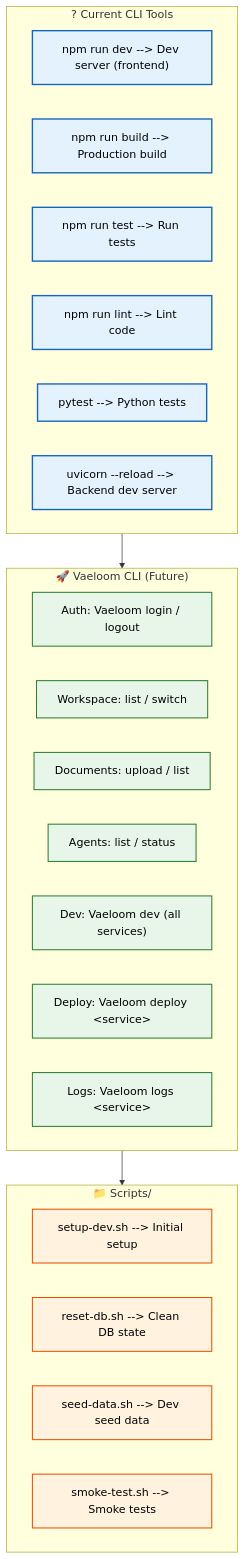
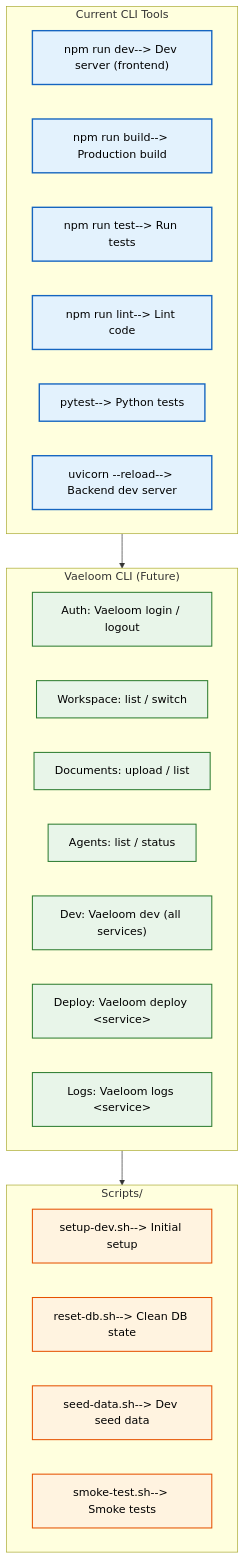
Before and after one commit to Driftloom/Vaeloom: the diagram in docs/developer-experience/CLI.md, drawn with Mermaid. The commit also changed other lines of this file and 694 other files, not shown here.

First line of the commit message:
docs: mermaid standardization — encoding/mermaid/duplicate cleanup

````diff
--- a/docs/developer-experience/CLI.md
+++ b/docs/developer-experience/CLI.md
@@ -8,38 +8,38 @@
 ```mermaid
 graph TD
-    classDef current fill:#e3f2fd,stroke:#1565c0,color:#000,stroke-width:2px
-    classDef planned fill:#e8f5e9,stroke:#2e7d32,color:#000,stroke-width:1.5px
-    classDef scripts fill:#fff3e0,stroke:#e65100,color:#000,stroke-width:1.5px
+ classDef current fill:#e3f2fd,stroke:#1565c0,color:#000,stroke-width:2px
+ classDef planned fill:#e8f5e9,stroke:#2e7d32,color:#000,stroke-width:1.5px
+ classDef scripts fill:#fff3e0,stroke:#e65100,color:#000,stroke-width:1.5px
 
-    subgraph Current["? Current CLI Tools"]
-        C1["npm run dev --> Dev server (frontend)"]
-        C2["npm run build --> Production build"]
-        C3["npm run test --> Run tests"]
-        C4["npm run lint --> Lint code"]
-        C5["pytest --> Python tests"]
-        C6["uvicorn --reload --> Backend dev server"]
-    end
+ subgraph Current["Current CLI Tools"]
+ C1["npm run dev--> Dev server (frontend)"]
+ C2["npm run build--> Production build"]
+ C3["npm run test--> Run tests"]
+ C4["npm run lint--> Lint code"]
+ C5["pytest--> Python tests"]
+ C6["uvicorn --reload--> Backend dev server"]
+ end
 
-    subgraph Planned["🚀 Vaeloom CLI (Future)"]
-        P1["Auth: Vaeloom login / logout"]
-        P2["Workspace: list / switch"]
-        P3["Documents: upload / list"]
-        P4["Agents: list / status"]
-        P5["Dev: Vaeloom dev (all services)"]
-        P6["Deploy: Vaeloom deploy &lt;service&gt;"]
-        P7["Logs: Vaeloom logs &lt;service&gt;"]
-    end
+ subgraph Planned["Vaeloom CLI (Future)"]
+ P1["Auth: Vaeloom login / logout"]
+ P2["Workspace: list / switch"]
+ P3["Documents: upload / list"]
+ P4["Agents: list / status"]
+ P5["Dev: Vaeloom dev (all services)"]
+ P6["Deploy: Vaeloom deploy &lt;service&gt;"]
+ P7["Logs: Vaeloom logs &lt;service&gt;"]
+ end
 
-    subgraph Scripts["📁 Scripts/"]
-        S1["setup-dev.sh --> Initial setup"]
-        S2["reset-db.sh --> Clean DB state"]
-        S3["seed-data.sh --> Dev seed data"]
-        S4["smoke-test.sh --> Smoke tests"]
-    end
+ subgraph Scripts["Scripts/"]
+ S1["setup-dev.sh--> Initial setup"]
+ S2["reset-db.sh--> Clean DB state"]
+ S3["seed-data.sh--> Dev seed data"]
+ S4["smoke-test.sh--> Smoke tests"]
+ end
 
-    Current --> Planned --> Scripts
+ Current--> Planned--> Scripts
 
-    class C1,C2,C3,C4,C5,C6 current
-    class P1,P2,P3,P4,P5,P6,P7 planned
-    class S1,S2,S3,S4 scripts
+ class C1,C2,C3,C4,C5,C6 current
+ class P1,P2,P3,P4,P5,P6,P7 planned
+ class S1,S2,S3,S4 scripts
 ```
````
